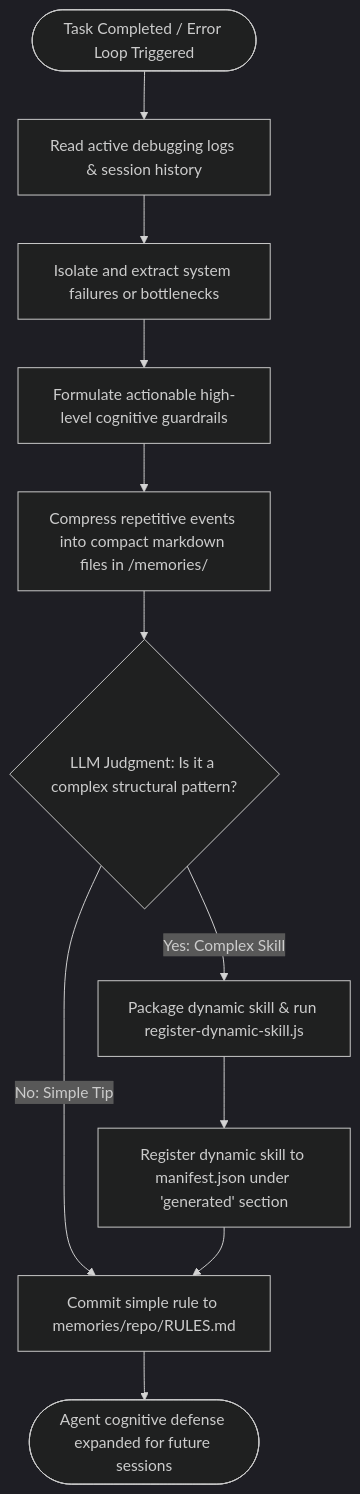
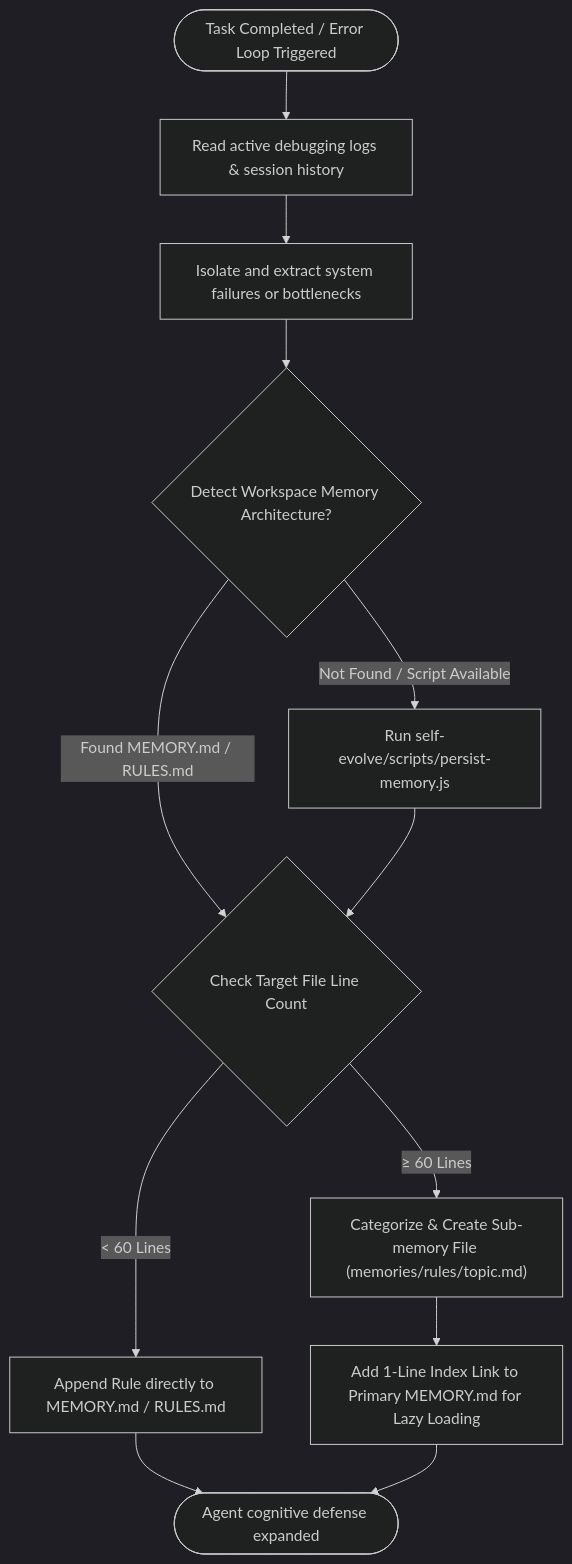
Before and after one commit to dyphn1/Harness-everything: the first of 3 diagrams in docs/workflows/self-evolve.md, drawn with Mermaid (dark theme). The commit also changed 54 other files, not shown here.

````diff
--- a/docs/workflows/self-evolve.md
+++ b/docs/workflows/self-evolve.md
@@ -11,13 +11,17 @@
 ```mermaid
 graph TD
   Start([Task Completed / Error Loop Triggered]) --> ReadSessionLogs["Read active debugging logs & session history"]
   ReadSessionLogs --> IdentifyRootCauses["Isolate and extract system failures or bottlenecks"]
-  IdentifyRootCauses --> SynthesizeGuardrails["Formulate actionable high-level cognitive guardrails"]
-  SynthesizeGuardrails --> CompressMemories["Compress repetitive events into compact markdown files in /memories/"]
-  CompressMemories --> DecideSkill{LLM Judgment: Is it a complex structural pattern?}
-  DecideSkill -->|No: Simple Tip| UpdateUserMemory["Commit simple rule to memories/repo/RULES.md"]
-  DecideSkill -->|Yes: Complex Skill| CreateDynamic["Package dynamic skill & run register-dynamic-skill.js"]
-  CreateDynamic --> RegisterManifest["Register dynamic skill to manifest.json under 'generated' section"]
-  RegisterManifest --> UpdateUserMemory
-  UpdateUserMemory --> End([Agent cognitive defense expanded for future sessions])
+  IdentifyRootCauses --> CheckWorkspaceMem{Detect Workspace Memory Architecture?}
+  
+  CheckWorkspaceMem -->|Found MEMORY.md / RULES.md| CheckLines{Check Target File Line Count}
+  CheckWorkspaceMem -->|Not Found / Script Available| RunScript["Run self-evolve/scripts/persist-memory.js"]
+  
+  CheckLines -->|< 60 Lines| DirectAppend["Append Rule directly to MEMORY.md / RULES.md"]
+  CheckLines -->|≥ 60 Lines| ModularSplit["Categorize & Create Sub-memory File (memories/rules/topic.md)"]
+  ModularSplit --> AddIndexPointer["Add 1-Line Index Link to Primary MEMORY.md for Lazy Loading"]
+  
+  RunScript --> CheckLines
+  DirectAppend --> End([Agent cognitive defense expanded])
+  AddIndexPointer --> End
 ```
````
